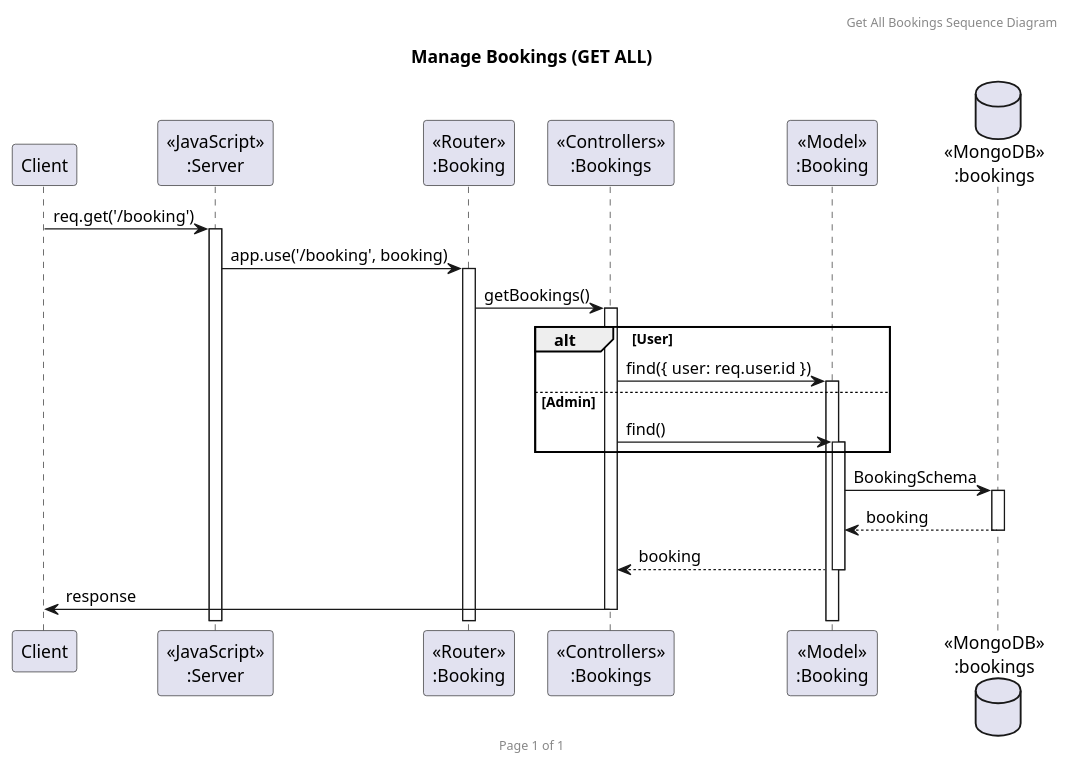
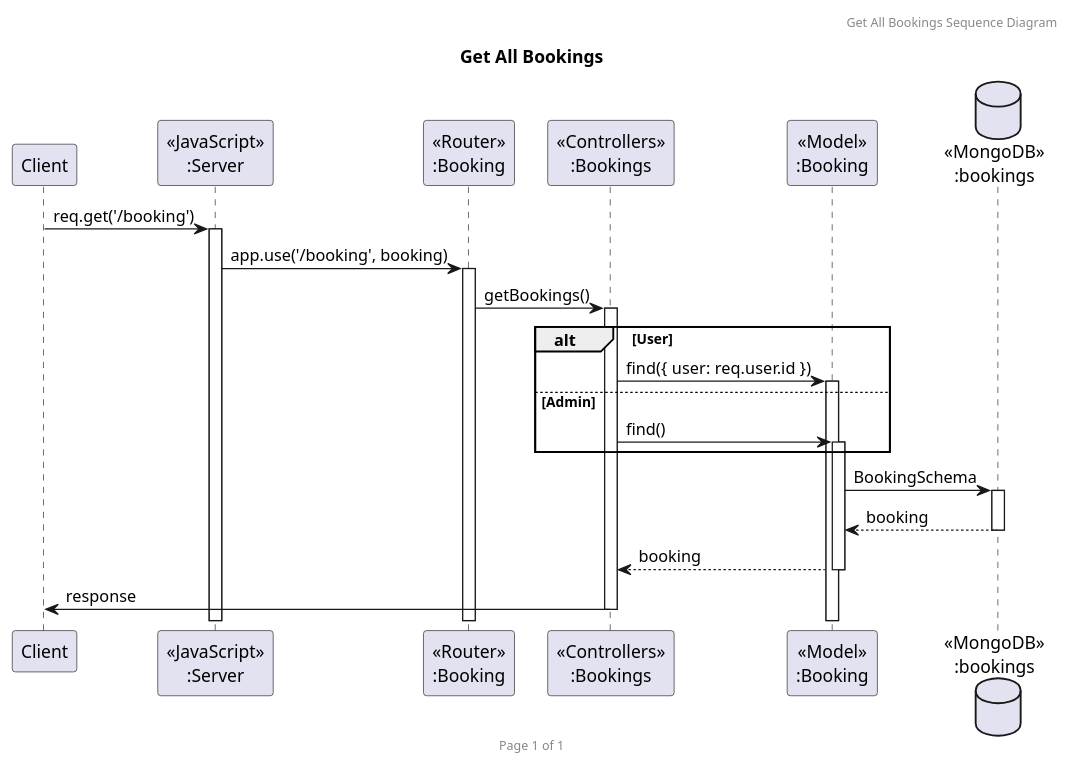
The diagram in diagram/sequence/booking/getBookings.puml (2110503TACEDT66/presentation-day-1-laeo-tae-loei), drawn with PlantUML before and after one commit. The commit also changed 1 other file, not shown here.

Commit message:
edit diagram

```diff
--- a/diagram/sequence/booking/getBookings.puml
+++ b/diagram/sequence/booking/getBookings.puml
@@ -1,28 +1,28 @@
 @startuml Get All Bookings
 
 header Get All Bookings Sequence Diagram
 footer Page %page% of %lastpage%
-title "Manage Bookings (GET ALL)"
+title "Get All Bookings"
 
 participant "Client" as client
 participant "<<JavaScript>>\n:Server" as server
 participant "<<Router>>\n:Booking" as routerBookings
 participant "<<Controllers>>\n:Bookings" as controllersBookings
 participant "<<Model>>\n:Booking" as modelBooking
 database "<<MongoDB>>\n:bookings" as BookingsDatabase
 
 client -> server ++:req.get('/booking')
 server -> routerBookings ++:app.use('/booking', booking)
 routerBookings -> controllersBookings ++:getBookings()
 alt User
     controllersBookings -> modelBooking ++:find({ user: req.user.id })
 else Admin
     controllersBookings -> modelBooking ++:find()
 end
 
 modelBooking -> BookingsDatabase ++: BookingSchema
 BookingsDatabase --> modelBooking --: booking
 controllersBookings <-- modelBooking --: booking
 controllersBookings -> client --: response
 
 @enduml
```
